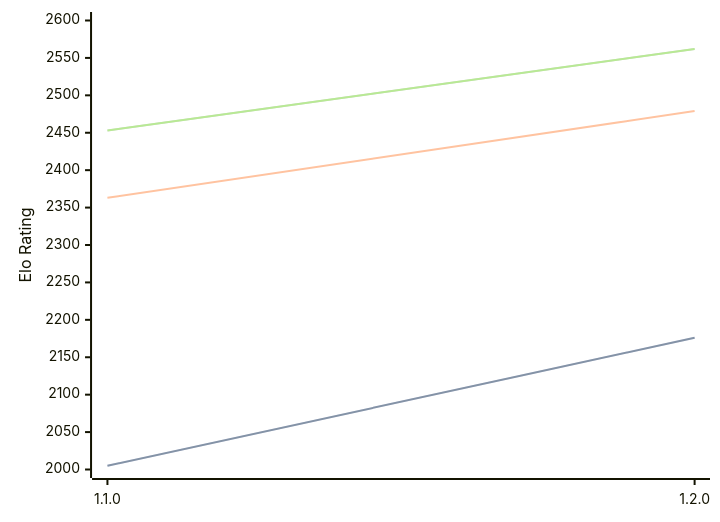
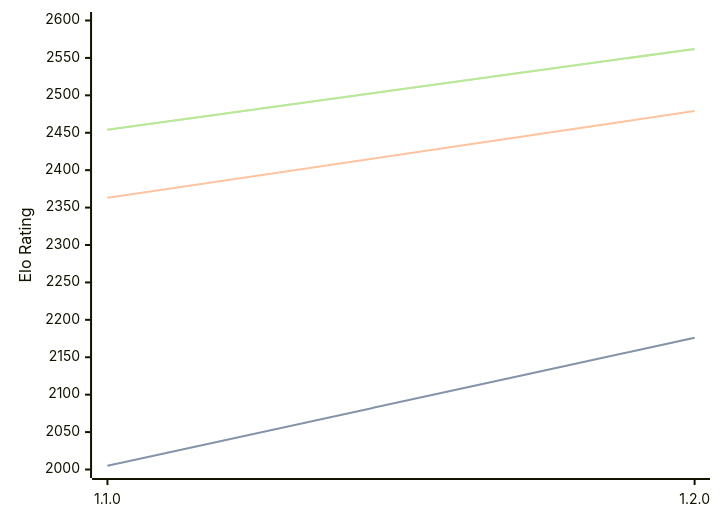
Before and after one commit to computer-chess-index/cci: the diagram in engines/Gyatso.md, drawn with Mermaid. The commit also changed other lines of this file, not shown here.

Commit message:
Update CCI Ratings (ELO VLTC) - 2026-02-16

````diff
--- a/engines/Gyatso.md
+++ b/engines/Gyatso.md
@@ -30,11 +30,11 @@
 ```mermaid
 %%{init: {"theme":"base","themeVariables":{"seriesColors:['#a3a3a3','#222221','#faa371']}}}%%
 xychart-beta
   x-axis ["1.1.0", "1.2.0"]
   y-axis "Elo Rating" 2000 --> 2600
   line "STC (8.0+0.08s)" [2005, 2176]
   line "STC (8.0+0.08s)" [2005, 2176]
   line "LTC (60.0+0.60s)" [2363, 2479]
-  line "VLTC (2m24s+1.12s)" [2453, 2562]
-  line "VLTC (2m24s+1.12s)" [2453, 2562]
+  line "VLTC (2m24s+1.12s)" [2454, 2562]
+  line "VLTC (2m24s+1.12s)" [2454, 2562]
 ```
````
